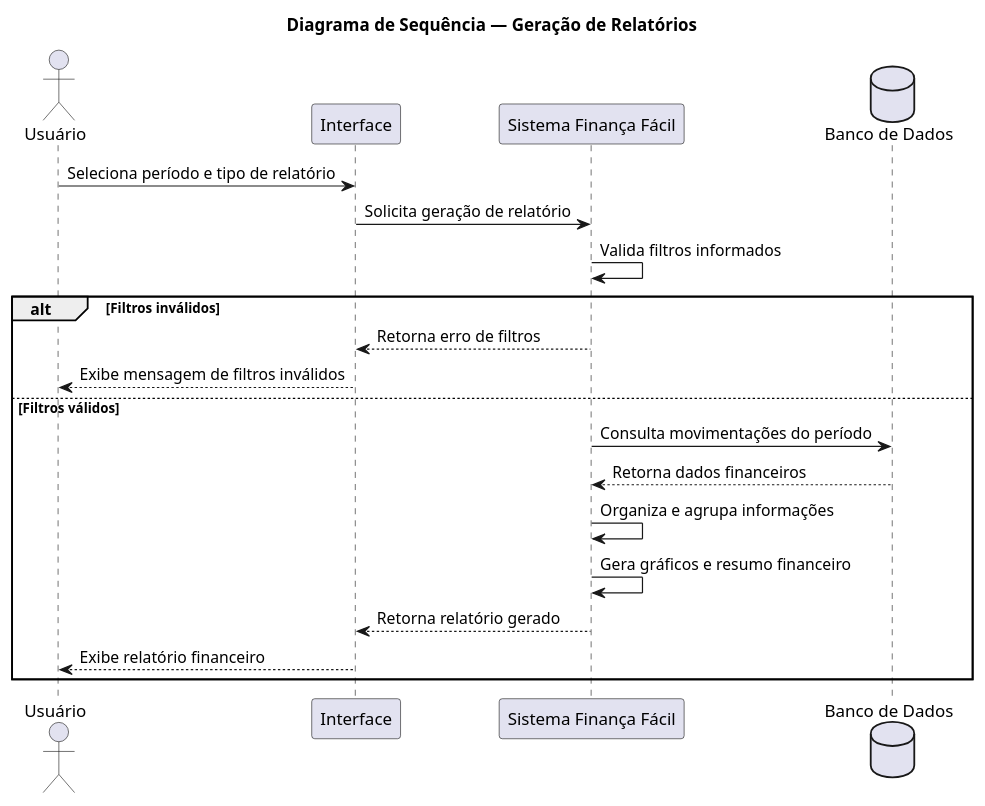
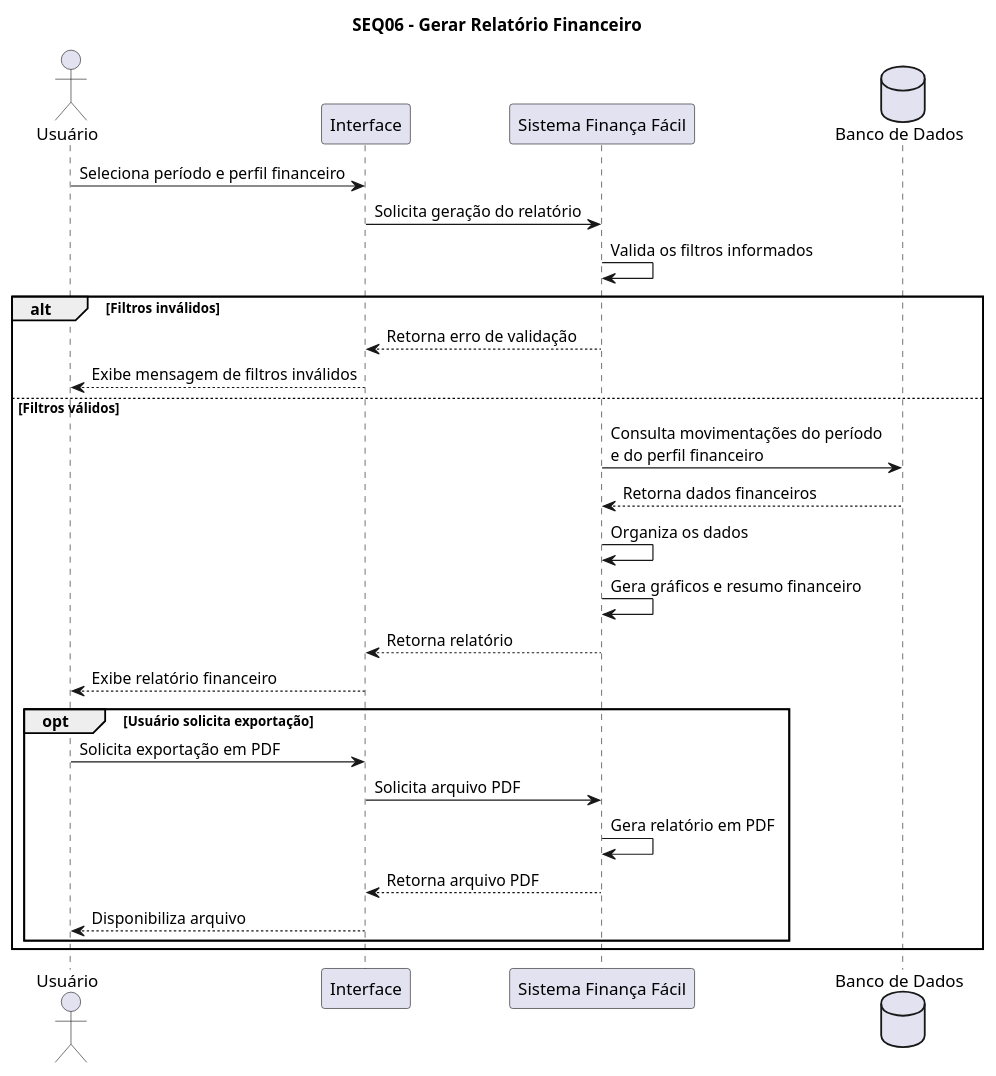
The diagram in docs/modelagem/sequencia/relatorios.puml (Nathan-Edu/Financa-Facil), drawn with PlantUML before and after one commit.

Commit message:
Revise sequence diagram for financial report generation
Updated sequence diagram for financial report generation to include user profile selection and improved error messaging.

```diff
--- a/docs/modelagem/sequencia/relatorios.puml
+++ b/docs/modelagem/sequencia/relatorios.puml
@@ -1,24 +1,35 @@
 @startuml
-title Diagrama de Sequência — Geração de Relatórios
+
+title SEQ06 - Gerar Relatório Financeiro
 
 actor "Usuário" as Usuario
 participant "Interface" as Interface
 participant "Sistema Finança Fácil" as Sistema
 database "Banco de Dados" as Banco
 
-Usuario -> Interface: Seleciona período e tipo de relatório
-Interface -> Sistema: Solicita geração de relatório
-Sistema -> Sistema: Valida filtros informados
+Usuario -> Interface: Seleciona período e perfil financeiro
+Interface -> Sistema: Solicita geração do relatório
+Sistema -> Sistema: Valida os filtros informados
 
 alt Filtros inválidos
-    Sistema --> Interface: Retorna erro de filtros
+    Sistema --> Interface: Retorna erro de validação
     Interface --> Usuario: Exibe mensagem de filtros inválidos
+
 else Filtros válidos
-    Sistema -> Banco: Consulta movimentações do período
+    Sistema -> Banco: Consulta movimentações do período\ne do perfil financeiro
     Banco --> Sistema: Retorna dados financeiros
-    Sistema -> Sistema: Organiza e agrupa informações
+    Sistema -> Sistema: Organiza os dados
     Sistema -> Sistema: Gera gráficos e resumo financeiro
-    Sistema --> Interface: Retorna relatório gerado
+    Sistema --> Interface: Retorna relatório
     Interface --> Usuario: Exibe relatório financeiro
+
+    opt Usuário solicita exportação
+        Usuario -> Interface: Solicita exportação em PDF
+        Interface -> Sistema: Solicita arquivo PDF
+        Sistema -> Sistema: Gera relatório em PDF
+        Sistema --> Interface: Retorna arquivo PDF
+        Interface --> Usuario: Disponibiliza arquivo
+    end
 end
+
 @enduml
```
